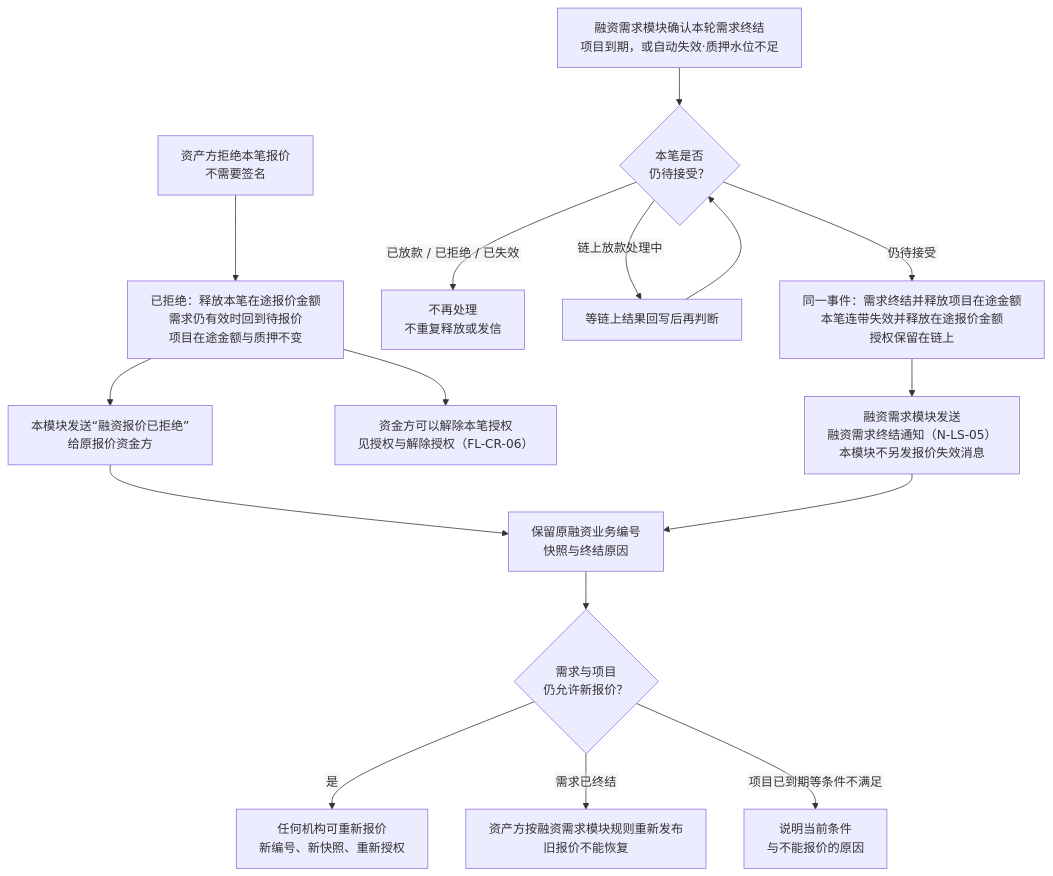
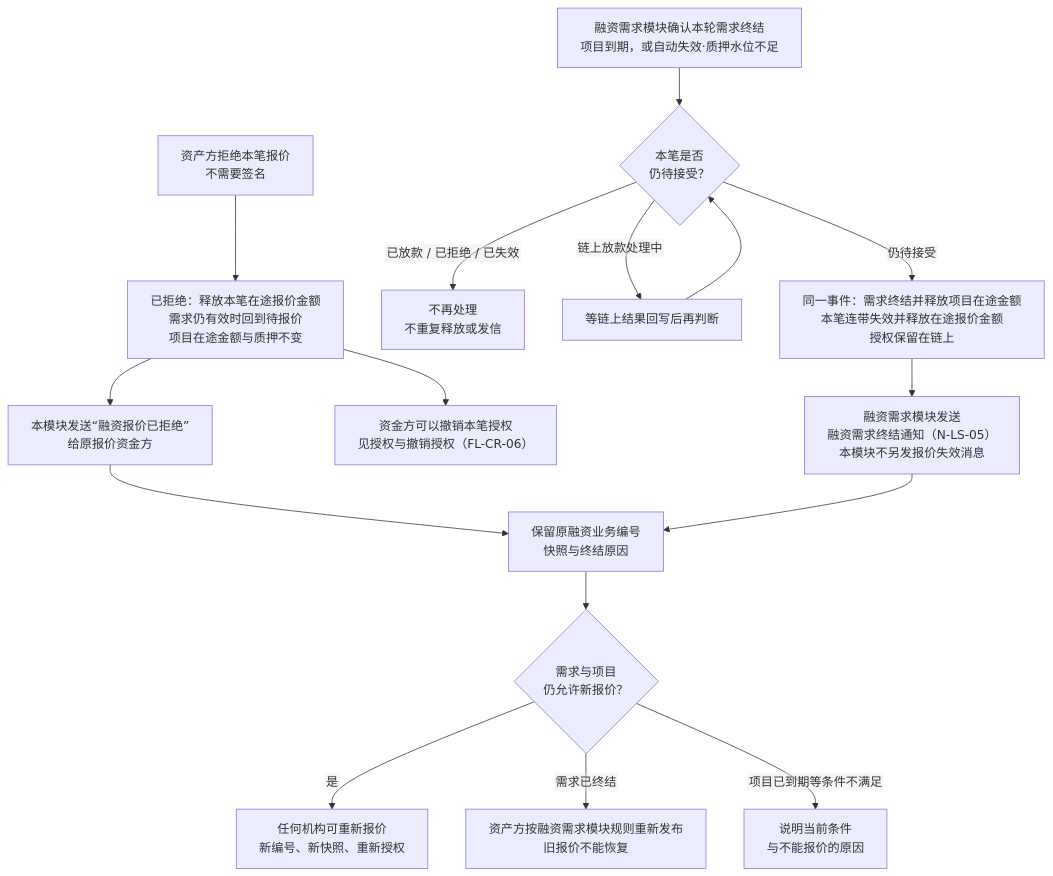
One commit to wxblockchain/Chain-Financing changed the third of 10 diagrams in lending-platform/PRD/面客端/06-借贷广场-授信报价与接受拒绝/02-授信报价与接受拒绝-流程图与状态机.md. Above: the diagram before and after it, drawn with Mermaid. The commit also changed other lines of this file and 5 other files, not shown here.

````diff
--- a/lending-platform/PRD/面客端/06-借贷广场-授信报价与接受拒绝/02-授信报价与接受拒绝-流程图与状态机.md
+++ b/lending-platform/PRD/面客端/06-借贷广场-授信报价与接受拒绝/02-授信报价与接受拒绝-流程图与状态机.md
@@ -98,19 +104,19 @@
 ```mermaid
 %%{init: {"flowchart": {"htmlLabels": false, "wrappingWidth": 400}}}%%
 flowchart TD
   A["资产方拒绝本笔报价<br/>不需要签名"] --> A1["已拒绝：释放本笔在途报价金额<br/>需求仍有效时回到待报价<br/>项目在途金额与质押不变"]
   A1 --> A2["本模块发送“融资报价已拒绝”<br/>给原报价资金方"]
-  A1 --> A3["资金方可以解除本笔授权<br/>见授权与解除授权（FL-CR-06）"]
+  A1 --> A3["资金方可以撤销本笔授权<br/>见授权与撤销授权（FL-CR-06）"]
   B["融资需求模块确认本轮需求终结<br/>项目到期，或自动失效·质押水位不足"] --> C{"本笔是否<br/>仍待接受？"}
   C -->|"已放款 / 已拒绝 / 已失效"| N["不再处理<br/>不重复释放或发信"]
   C -->|"链上放款处理中"| C1["等链上结果回写后再判断"]
   C1 --> C
   C -->|"仍待接受"| F["同一事件：需求终结并释放项目在途金额<br/>本笔连带失效并释放在途报价金额<br/>授权保留在链上"]
   F --> F1["融资需求模块发送<br/>融资需求终结通知（N-LS-05）<br/>本模块不另发报价失效消息"]
   A2 --> G["保留原融资业务编号<br/>快照与终结原因"]
   F1 --> G
   G --> H{"需求与项目<br/>仍允许新报价？"}
   H -->|"是"| I["任何机构可重新报价<br/>新编号、新快照、重新授权"]
   H -->|"需求已终结"| J["资产方按融资需求模块规则重新发布<br/>旧报价不能恢复"]
   H -->|"项目已到期等条件不满足"| K["说明当前条件<br/>与不能报价的原因"]
 ```
````
